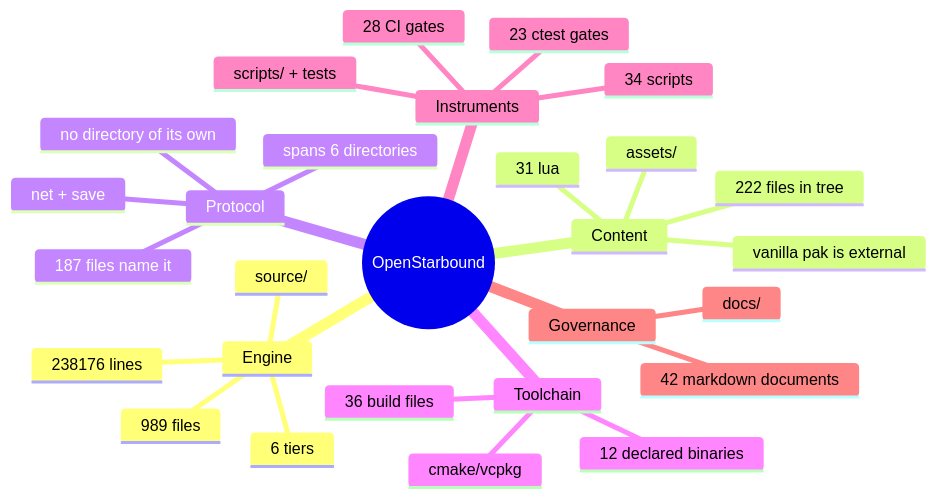
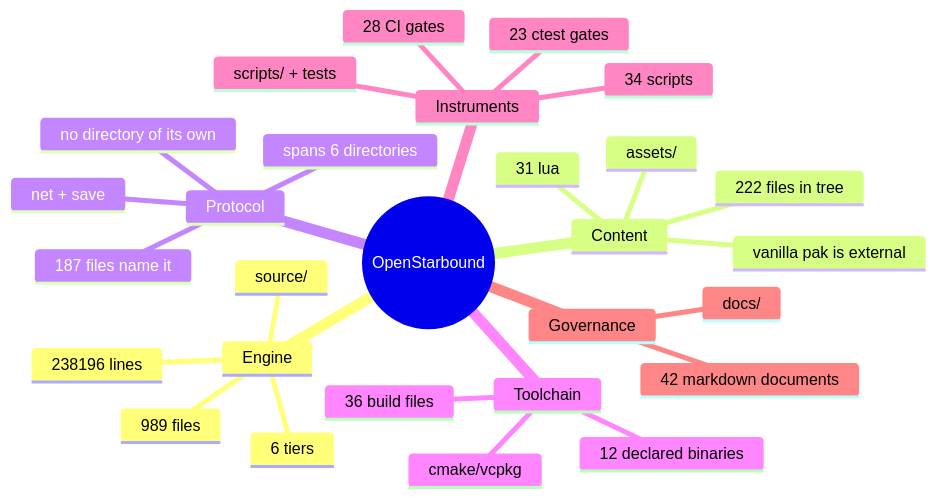
Before and after one commit to apnex/OpenStarbound: the second of 11 diagrams in docs/architecture/system-boundaries.md, drawn with Mermaid. The commit also changed other lines of this file and 1 other file, not shown here.

````diff
--- a/docs/architecture/system-boundaries.md
+++ b/docs/architecture/system-boundaries.md
@@ -166,31 +166,31 @@
 ```mermaid
 mindmap
   root((OpenStarbound))
     Engine
       source/
       989 files
-      238176 lines
+      238196 lines
       6 tiers
     Content
       assets/
       222 files in tree
       31 lua
       vanilla pak is external
     Protocol
       net + save
       187 files name it
       spans 6 directories
       no directory of its own
     Toolchain
       cmake/vcpkg
       36 build files
       12 declared binaries
     Instruments
       scripts/ + tests
       34 scripts
       23 ctest gates
       28 CI gates
     Governance
       docs/
       42 markdown documents
 ```
````
